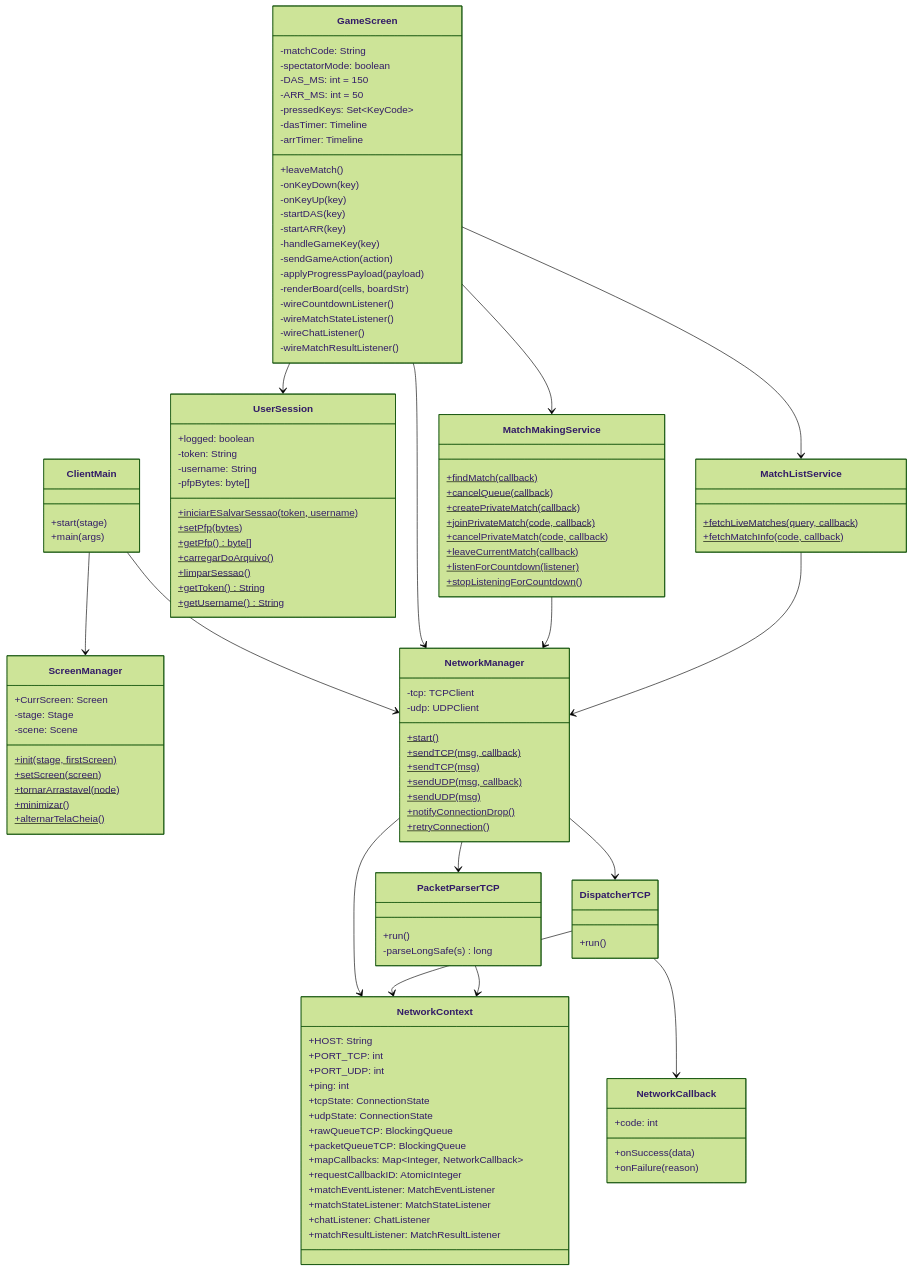
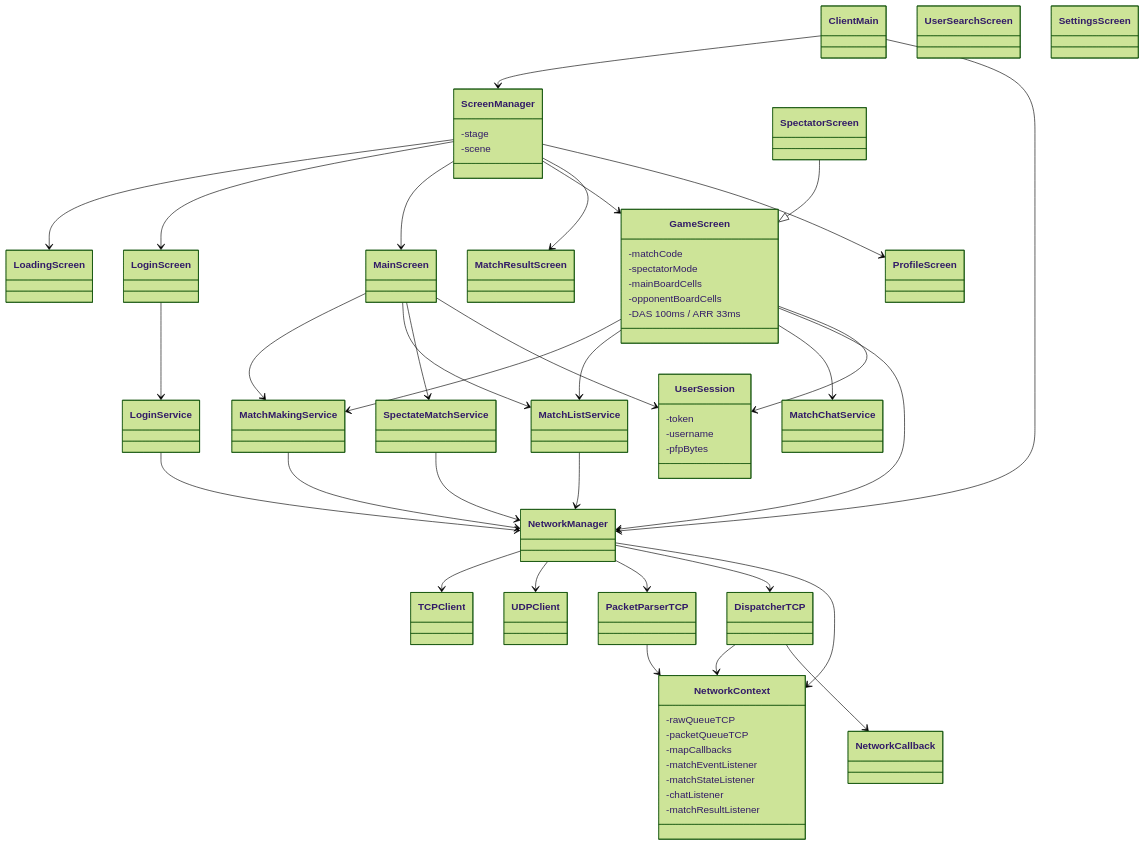
Before and after one commit to gabrielmazui/Jetris: the diagram in client/README.md, drawn with Mermaid (forest theme). The commit also changed other lines of this file and 8 other files, not shown here.

````diff
--- a/client/README.md
+++ b/client/README.md
@@ -165,130 +29,83 @@
 ```mermaid
 classDiagram
-    class ClientMain {
-        +start(stage)
-        +main(args)
+    class ClientMain
+    class ScreenManager {
+        -stage
+        -scene
+    }
+    class NetworkManager
+    class NetworkContext {
+        -rawQueueTCP
+        -packetQueueTCP
+        -mapCallbacks
+        -matchEventListener
+        -matchStateListener
+        -chatListener
+        -matchResultListener
+    }
+    class TCPClient
+    class UDPClient
+    class PacketParserTCP
+    class DispatcherTCP
+    class NetworkCallback
+
+    class UserSession {
+        -token
+        -username
+        -pfpBytes
     }
 
-    class ScreenManager {
-        +CurrScreen: Screen
-        -stage: Stage
-        -scene: Scene
-        +init(stage, firstScreen)$
-        +setScreen(screen)$
-        +tornarArrastavel(node)$
-        +minimizar()$
-        +alternarTelaCheia()$
+    class LoadingScreen
+    class LoginScreen
+    class MainScreen
+    class GameScreen {
+        -matchCode
+        -spectatorMode
+        -mainBoardCells
+        -opponentBoardCells
+        -DAS 100ms / ARR 33ms
     }
+    class SpectatorScreen
+    class MatchResultScreen
+    class ProfileScreen
+    class UserSearchScreen
+    class SettingsScreen
 
-    class NetworkManager {
-        -tcp: TCPClient
-        -udp: UDPClient
-        +start()$
-        +sendTCP(msg, callback)$
-        +sendTCP(msg)$
-        +sendUDP(msg, callback)$
-        +sendUDP(msg)$
-        +notifyConnectionDrop()$
-        +retryConnection()$
-    }
-
-    class NetworkContext {
-        +HOST: String
-        +PORT_TCP: int
-        +PORT_UDP: int
-        +ping: int
-        +tcpState: ConnectionState
-        +udpState: ConnectionState
-        +rawQueueTCP: BlockingQueue
-        +packetQueueTCP: BlockingQueue
-        +mapCallbacks: Map~Integer, NetworkCallback~
-        +requestCallbackID: AtomicInteger
-        +matchEventListener: MatchEventListener
-        +matchStateListener: MatchStateListener
-        +chatListener: ChatListener
-        +matchResultListener: MatchResultListener
-    }
-
-    class PacketParserTCP {
-        +run()
-        -parseLongSafe(s) long
-    }
-
-    class DispatcherTCP {
-        +run()
-    }
-
-    class NetworkCallback {
-        +code: int
-        +onSuccess(data)
-        +onFailure(reason)
-    }
-
-    class UserSession {
-        +logged: boolean
-        -token: String
-        -username: String
-        -pfpBytes: byte[]
-        +iniciarESalvarSessao(token, username)$
-        +setPfp(bytes)$
-        +getPfp() byte[]$
-        +carregarDoArquivo()$
-        +limparSessao()$
-        +getToken() String$
-        +getUsername() String$
-    }
-
-    class GameScreen {
-        -matchCode: String
-        -spectatorMode: boolean
-        -DAS_MS: int = 150
-        -ARR_MS: int = 50
-        -pressedKeys: Set~KeyCode~
-        -dasTimer: Timeline
-        -arrTimer: Timeline
-        +leaveMatch()
-        -onKeyDown(key)
-        -onKeyUp(key)
-        -startDAS(key)
-        -startARR(key)
-        -handleGameKey(key)
-        -sendGameAction(action)
-        -applyProgressPayload(payload)
-        -renderBoard(cells, boardStr)
-        -wireCountdownListener()
-        -wireMatchStateListener()
-        -wireChatListener()
-        -wireMatchResultListener()
-    }
-
-    class MatchMakingService {
-        +findMatch(callback)$
-        +cancelQueue(callback)$
-        +createPrivateMatch(callback)$
-        +joinPrivateMatch(code, callback)$
-        +cancelPrivateMatch(code, callback)$
-        +leaveCurrentMatch(callback)$
-        +listenForCountdown(listener)$
-        +stopListeningForCountdown()$
-    }
-
-    class MatchListService {
-        +fetchLiveMatches(query, callback)$
-        +fetchMatchInfo(code, callback)$
-    }
+    class LoginService
+    class MatchMakingService
+    class MatchListService
+    class SpectateMatchService
+    class MatchChatService
 
     ClientMain --> ScreenManager
     ClientMain --> NetworkManager
-    NetworkManager --> NetworkContext
+    NetworkManager --> TCPClient
+    NetworkManager --> UDPClient
     NetworkManager --> PacketParserTCP
     NetworkManager --> DispatcherTCP
+    NetworkManager --> NetworkContext
+    PacketParserTCP --> NetworkContext
+    DispatcherTCP --> NetworkContext
     DispatcherTCP --> NetworkCallback
-    DispatcherTCP --> NetworkContext
-    PacketParserTCP --> NetworkContext
+    ScreenManager --> LoadingScreen
+    ScreenManager --> LoginScreen
+    ScreenManager --> MainScreen
+    ScreenManager --> GameScreen
+    ScreenManager --> MatchResultScreen
+    ScreenManager --> ProfileScreen
+    SpectatorScreen --|> GameScreen
+    GameScreen --> MatchMakingService
+    GameScreen --> MatchListService
+    GameScreen --> MatchChatService
+    MainScreen --> MatchMakingService
+    MainScreen --> MatchListService
+    MainScreen --> SpectateMatchService
+    LoginScreen --> LoginService
+    LoginService --> NetworkManager
+    MatchMakingService --> NetworkManager
+    MatchListService --> NetworkManager
+    SpectateMatchService --> NetworkManager
     GameScreen --> NetworkManager
     GameScreen --> UserSession
-    GameScreen --> MatchMakingService
-    GameScreen --> MatchListService
-    MatchMakingService --> NetworkManager
-    MatchListService --> NetworkManager
+    MainScreen --> UserSession
 ```
````
